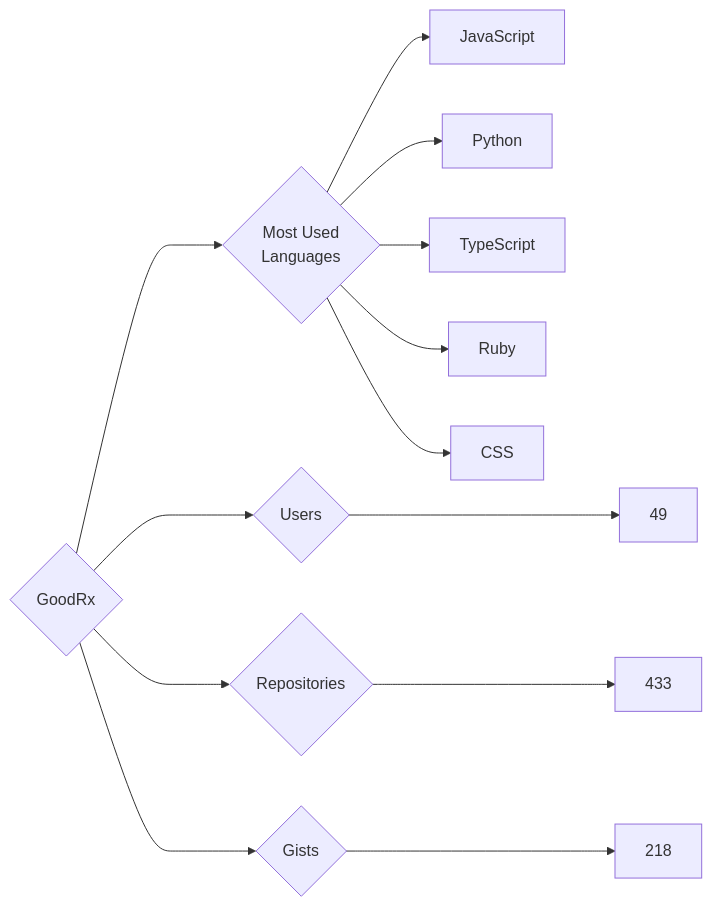
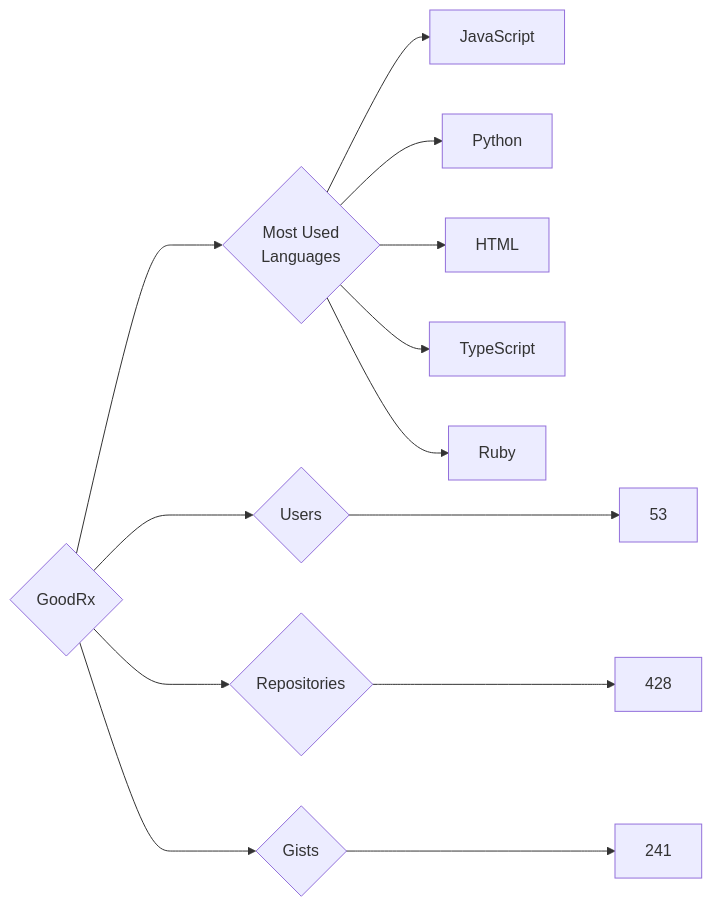
One commit to trickest/insiders changed the diagram in targets/GoodRx/README.md. Above: the diagram before and after it, drawn with Mermaid. The commit also changed 914 other files, not shown here.

````diff
--- a/targets/GoodRx/README.md
+++ b/targets/GoodRx/README.md
@@ -3,13 +3,13 @@
 ```mermaid
 graph LR
 COMPANY_NAME{GoodRx}
-COMPANY_NAME ---> U{Users} ---> UN[49]
-COMPANY_NAME ---> R{Repositories} ---> RN[433]
-COMPANY_NAME ---> G{Gists} ---> GN[218]
+COMPANY_NAME ---> U{Users} ---> UN[53]
+COMPANY_NAME ---> R{Repositories} ---> RN[428]
+COMPANY_NAME ---> G{Gists} ---> GN[241]
 COMPANY_NAME ---> ML{Most Used<br>Languages}
 ML --> JavaScript[JavaScript]
 ML --> Python[Python]
+ML --> HTML[HTML]
 ML --> TypeScript[TypeScript]
 ML --> Ruby[Ruby]
-ML --> CSS[CSS]
 ```
````
